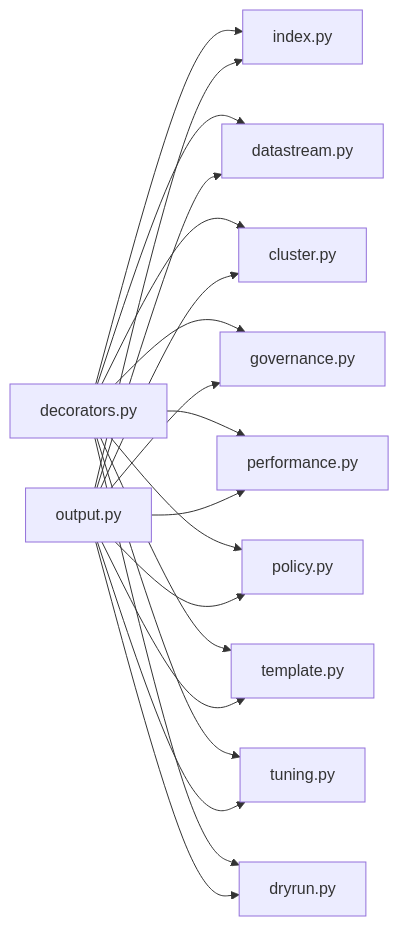
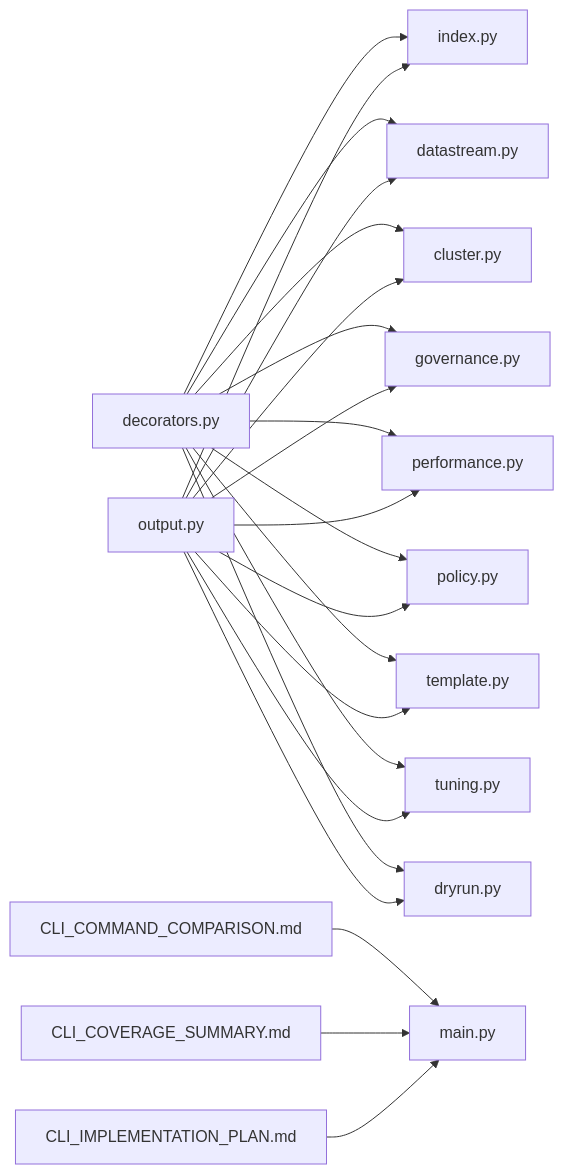
The third of 3 diagrams in .qoder/repowiki/en/content/User Interface Guide/CLI Command Reference.md (austinsonger/elastic-janitor), drawn with Mermaid before and after one commit. The commit also changed other lines of this file and 51 other files, not shown here.

````diff
--- a/.qoder/repowiki/en/content/User Interface Guide/CLI Command Reference.md
+++ b/.qoder/repowiki/en/content/User Interface Guide/CLI Command Reference.md
@@ -371,21 +454,24 @@
 ```mermaid
 graph LR
 DEC["decorators.py"] --> IDX["index.py"]
 DEC --> DS["datastream.py"]
 DEC --> CLU["cluster.py"]
 DEC --> GOV["governance.py"]
 DEC --> PERF["performance.py"]
 DEC --> POL["policy.py"]
 DEC --> TMP["template.py"]
 DEC --> TUN["tuning.py"]
 DEC --> DR["dryrun.py"]
 OUT["output.py"] --> IDX
 OUT --> DS
 OUT --> CLU
 OUT --> GOV
 OUT --> PERF
 OUT --> POL
 OUT --> TMP
 OUT --> TUN
 OUT --> DR
+COMP["CLI_COMMAND_COMPARISON.md"] --> CLI["main.py"]
+COV["CLI_COVERAGE_SUMMARY.md"] --> CLI
+PLAN["CLI_IMPLEMENTATION_PLAN.md"] --> CLI
 ```
````
